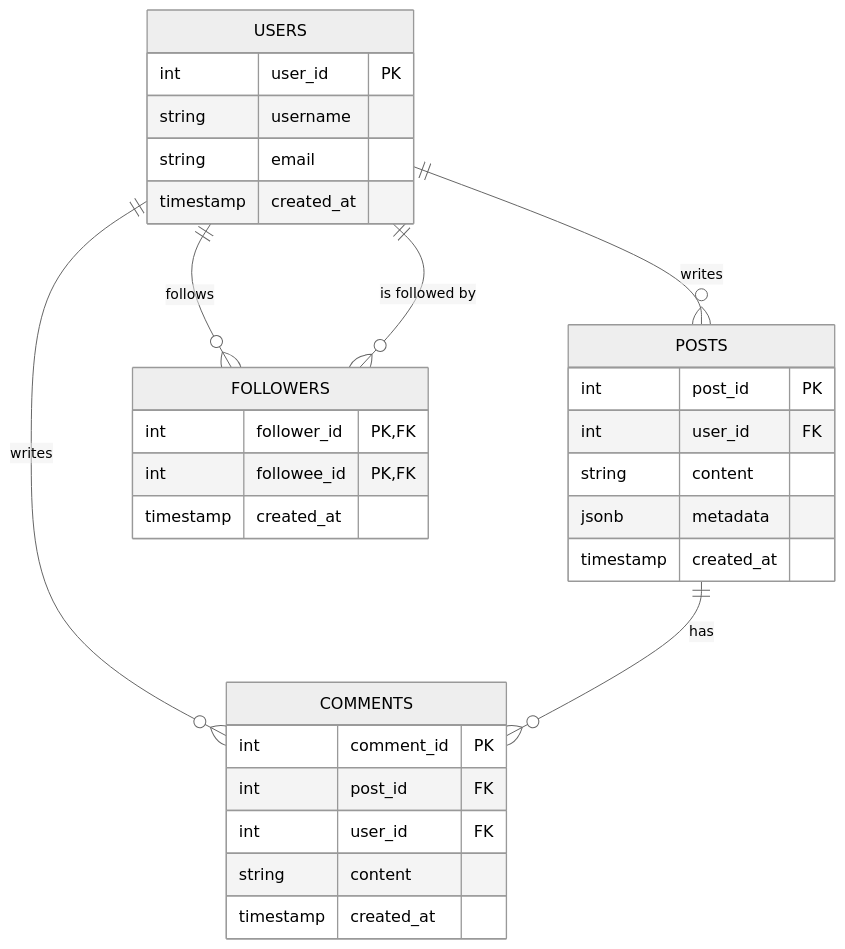
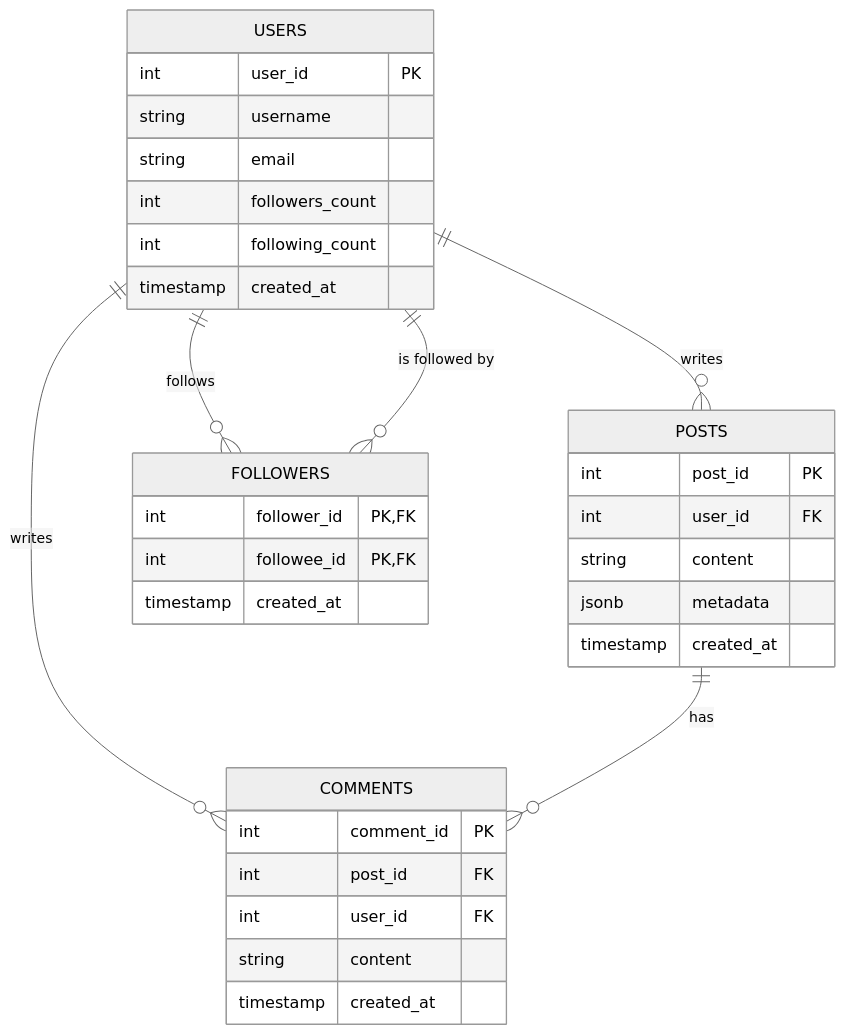
Before and after one commit to TaylorChongo/Social-Media-Platform-Data-Backend: the diagram in README.md, drawn with Mermaid (neutral theme). The commit also changed other lines of this file and 2 other files, not shown here.

````diff
--- a/README.md
+++ b/README.md
@@ -14,37 +14,39 @@
 ```mermaid
 erDiagram
     USERS ||--o{ POSTS : writes
     USERS ||--o{ COMMENTS : writes
     POSTS ||--o{ COMMENTS : has
     USERS ||--o{ FOLLOWERS : follows
     USERS ||--o{ FOLLOWERS : "is followed by"
 
     USERS {
         int user_id PK
         string username
         string email
+        int followers_count
+        int following_count
         timestamp created_at
     }
 
     POSTS {
         int post_id PK
         int user_id FK
         string content
         jsonb metadata
         timestamp created_at
     }
 
     COMMENTS {
         int comment_id PK
         int post_id FK
         int user_id FK
         string content
         timestamp created_at
     }
 
     FOLLOWERS {
         int follower_id PK, FK
         int followee_id PK, FK
         timestamp created_at
     }
 ```
````
